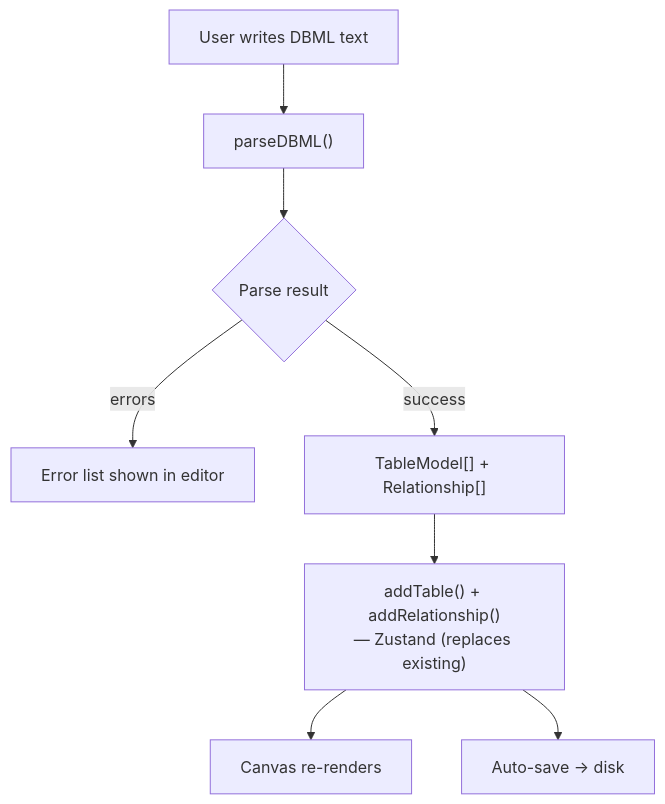
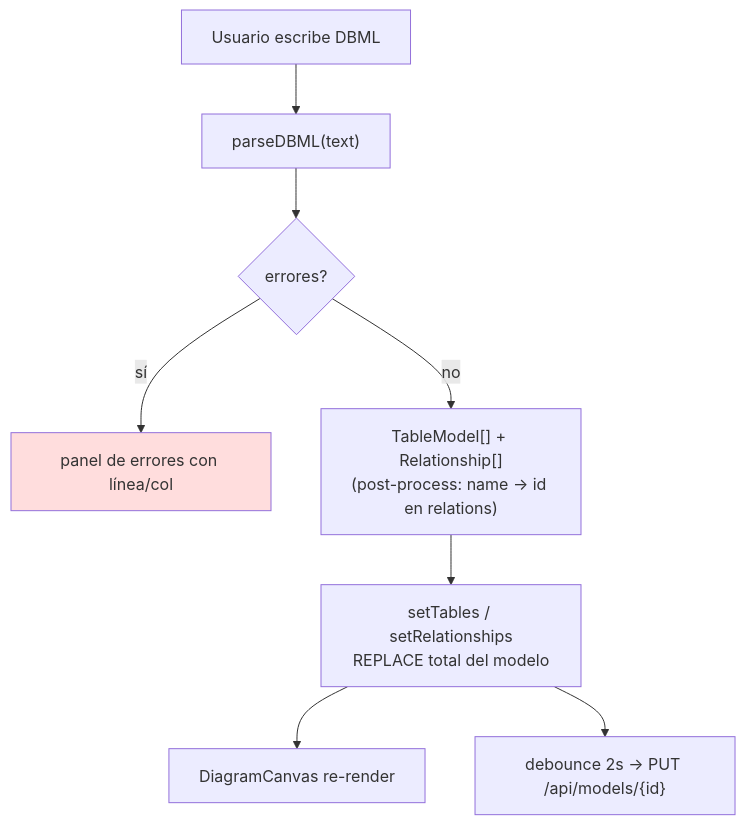
One commit to Carlosmps97/web-data-model-hub changed the fourth of 13 diagrams in doc/data-flow.md. Above: the diagram before and after it, drawn with Mermaid. The commit also changed other lines of this file and 5 other files, not shown here.

````diff
--- a/doc/data-flow.md
+++ b/doc/data-flow.md
@@ -55,10 +95,12 @@
 ```mermaid
 flowchart TD
-    A["User writes DBML text"] --> B["parseDBML()"]
-    B --> C{"Parse result"}
-    C -->|"errors"| D["Error list shown in editor"]
-    C -->|"success"| E["TableModel[] + Relationship[]"]
-    E --> F["addTable() + addRelationship()\n— Zustand (replaces existing)"]
-    F --> G["Canvas re-renders"]
-    F --> H["Auto-save → disk"]
+    A["Usuario escribe DBML"] --> B["parseDBML(text)"]
+    B --> C{"errores?"}
+    C -->|"sí"| ERR["panel de errores con línea/col"]
+    C -->|"no"| D["TableModel[] + Relationship[]<br/>(post-process: name → id en relations)"]
+    D --> E["setTables / setRelationships<br/>REPLACE total del modelo"]
+    E --> F["DiagramCanvas re-render"]
+    E --> G["debounce 2s → PUT /api/models/{id}"]
+
+    style ERR fill:#fdd
 ```
````
